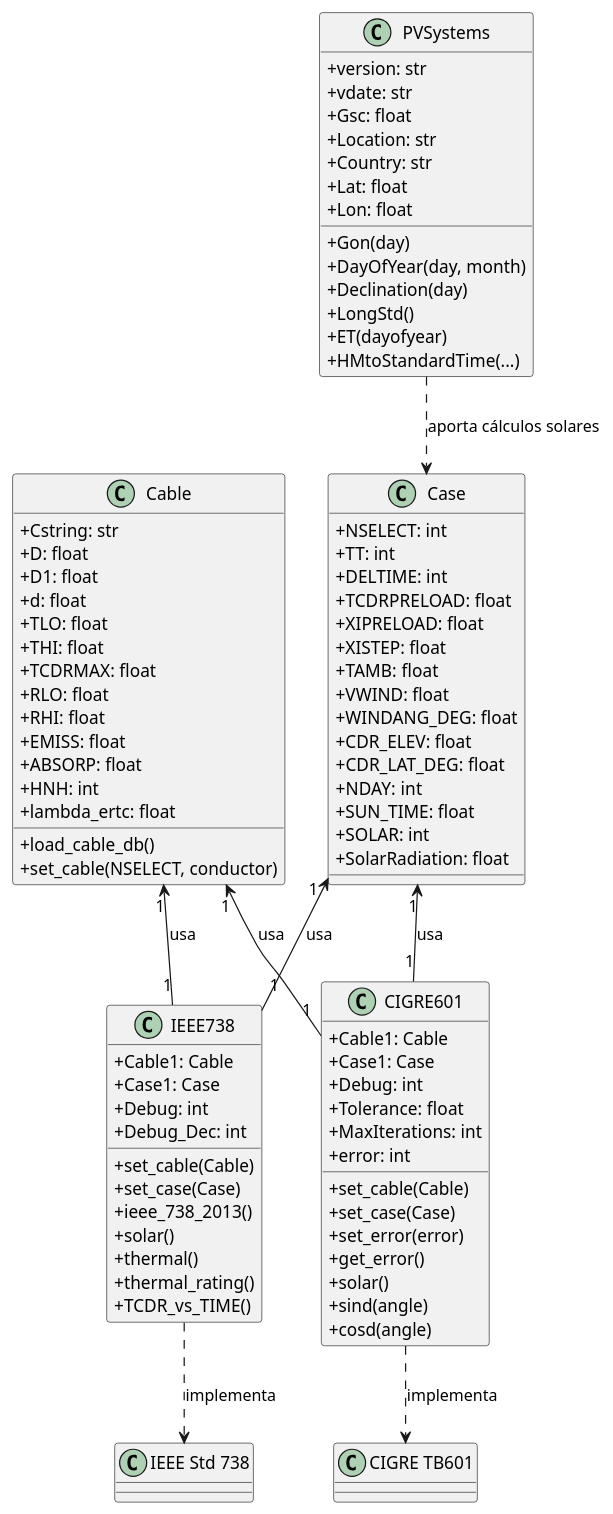
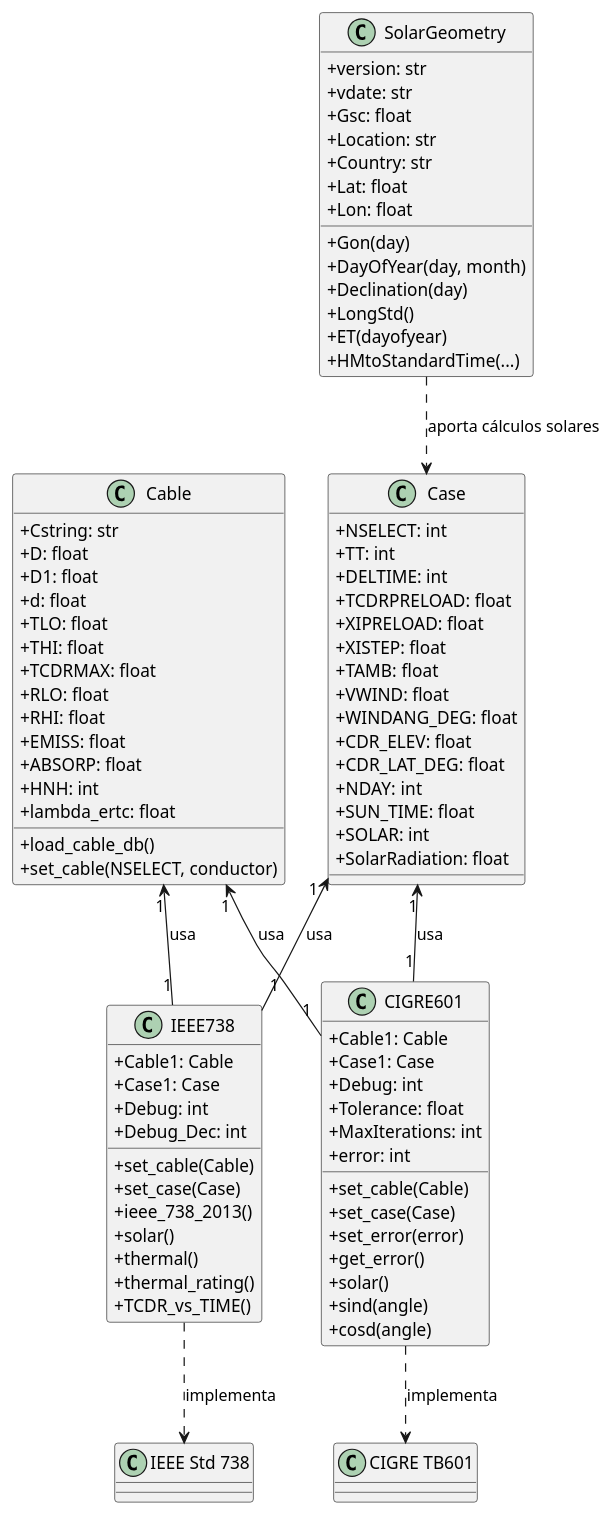
Before and after one commit to gteasoft/pypacity: the diagram in docs/pypacity_architecture.puml, drawn with PlantUML. The commit also changed 7 other files, not shown here.

```diff
--- a/docs/pypacity_architecture.puml
+++ b/docs/pypacity_architecture.puml
@@ -1,97 +1,97 @@
 @startuml
 skinparam classAttributeIconSize 0
 
 class Cable {
   +Cstring: str
   +D: float
   +D1: float
   +d: float
   +TLO: float
   +THI: float
   +TCDRMAX: float
   +RLO: float
   +RHI: float
   +EMISS: float
   +ABSORP: float
   +HNH: int
   +lambda_ertc: float
   +load_cable_db()
   +set_cable(NSELECT, conductor)
 }
 
 class Case {
   +NSELECT: int
   +TT: int
   +DELTIME: int
   +TCDRPRELOAD: float
   +XIPRELOAD: float
   +XISTEP: float
   +TAMB: float
   +VWIND: float
   +WINDANG_DEG: float
   +CDR_ELEV: float
   +CDR_LAT_DEG: float
   +NDAY: int
   +SUN_TIME: float
   +SOLAR: int
   +SolarRadiation: float
 }
 
 class IEEE738 {
   +Cable1: Cable
   +Case1: Case
   +Debug: int
   +Debug_Dec: int
   +set_cable(Cable)
   +set_case(Case)
   +ieee_738_2013()
   +solar()
   +thermal()
   +thermal_rating()
   +TCDR_vs_TIME()
 }
 
 class CIGRE601 {
   +Cable1: Cable
   +Case1: Case
   +Debug: int
   +Tolerance: float
   +MaxIterations: int
   +error: int
   +set_cable(Cable)
   +set_case(Case)
   +set_error(error)
   +get_error()
   +solar()
   +sind(angle)
   +cosd(angle)
 }
 
-class PVSystems {
+class SolarGeometry {
   +version: str
   +vdate: str
   +Gsc: float
   +Location: str
   +Country: str
   +Lat: float
   +Lon: float
   +Gon(day)
   +DayOfYear(day, month)
   +Declination(day)
   +LongStd()
   +ET(dayofyear)
   +HMtoStandardTime(...)
 }
 
 Cable "1" <-- "1" IEEE738 : usa
 Case  "1" <-- "1" IEEE738 : usa
 
 Cable "1" <-- "1" CIGRE601 : usa
 Case  "1" <-- "1" CIGRE601 : usa
 
-PVSystems ..> Case : aporta cálculos solares
+SolarGeometry ..> Case : aporta cálculos solares
 
 IEEE738 ..> "IEEE Std 738" : implementa
 CIGRE601 ..> "CIGRE TB601" : implementa
 
 @enduml
```
